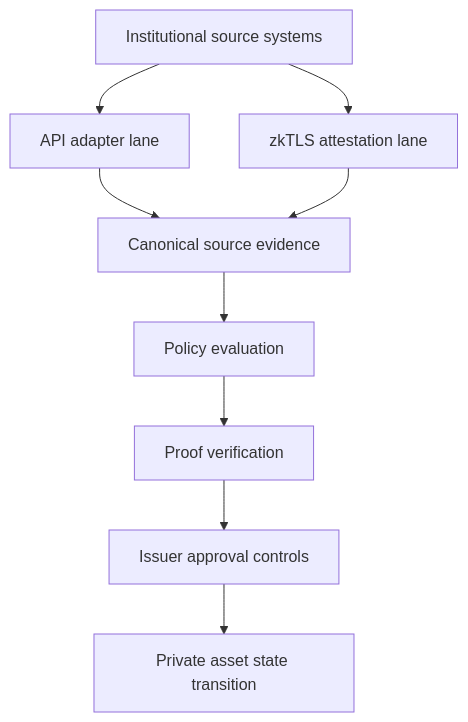
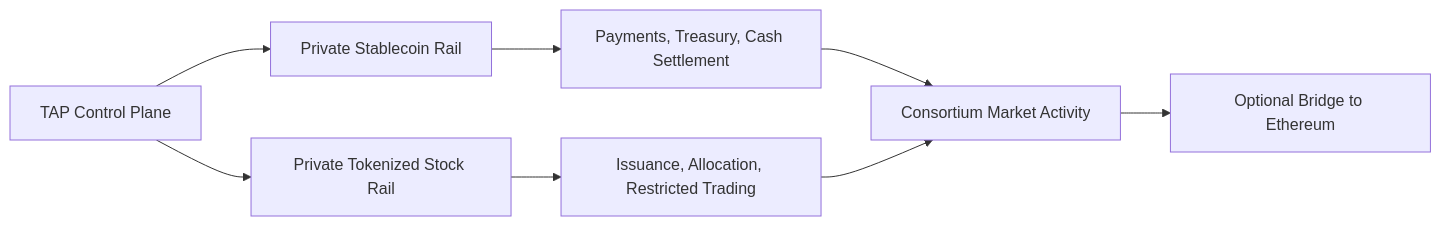
Before and after one commit to Evan-k-global/private-tokenized-asset-protocol: the third of 3 diagrams in README.md, drawn with Mermaid. The commit also changed other lines of this file, not shown here.

Commit message:
Improve README architecture diagrams

````diff
--- a/README.md
+++ b/README.md
@@ -68,13 +72,13 @@
 ```mermaid
-flowchart TD
-  A["Institutional source systems"] --> B["API adapter lane"]
-  A --> C["zkTLS attestation lane"]
+flowchart LR
+  A["TAP Control Plane"] --> B["Private Stablecoin Rail"]
+  A --> C["Private Tokenized Stock Rail"]
 
-  B --> D["Canonical source evidence"]
-  C --> D
+  B --> D["Payments, Treasury, Cash Settlement"]
+  C --> E["Issuance, Allocation, Restricted Trading"]
 
-  D --> E["Policy evaluation"]
-  E --> F["Proof verification"]
-  F --> G["Issuer approval controls"]
-  G --> H["Private asset state transition"]
+  D --> F["Consortium Market Activity"]
+  E --> F
+
+  F --> G["Optional Bridge to Ethereum"]
 ```
````
